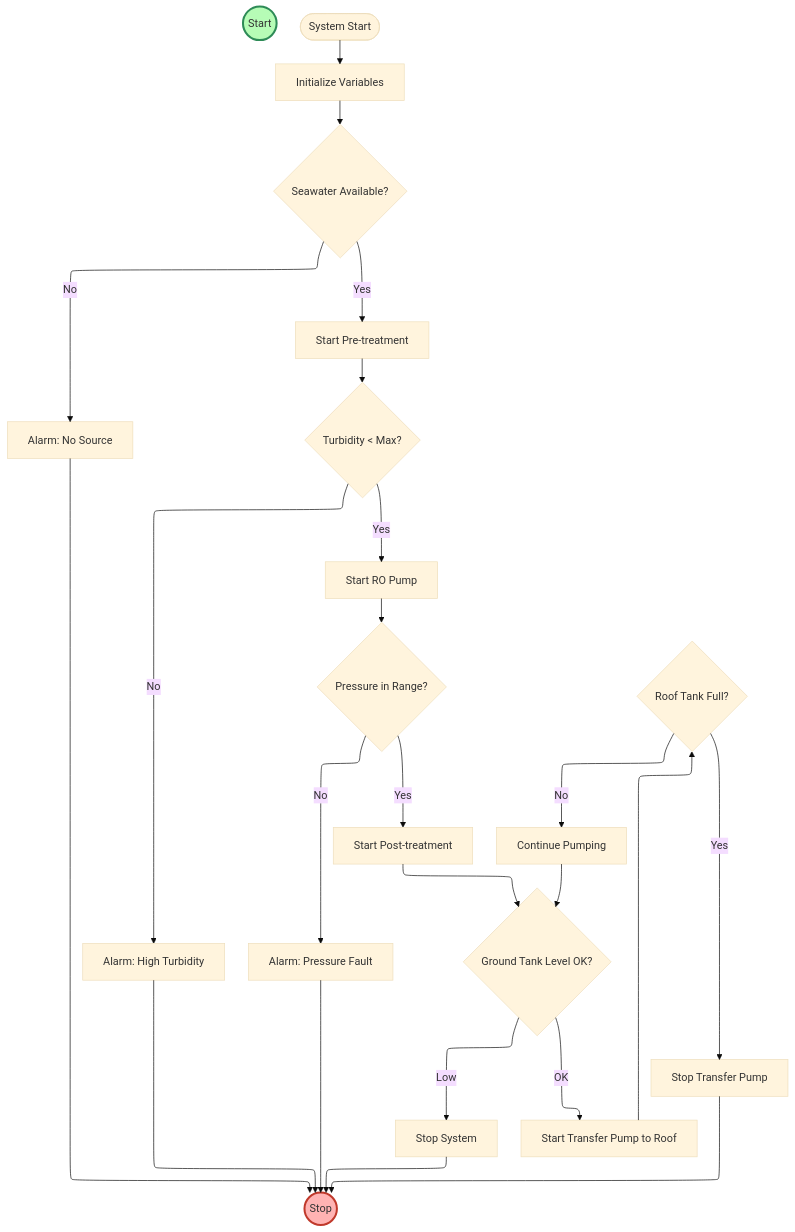
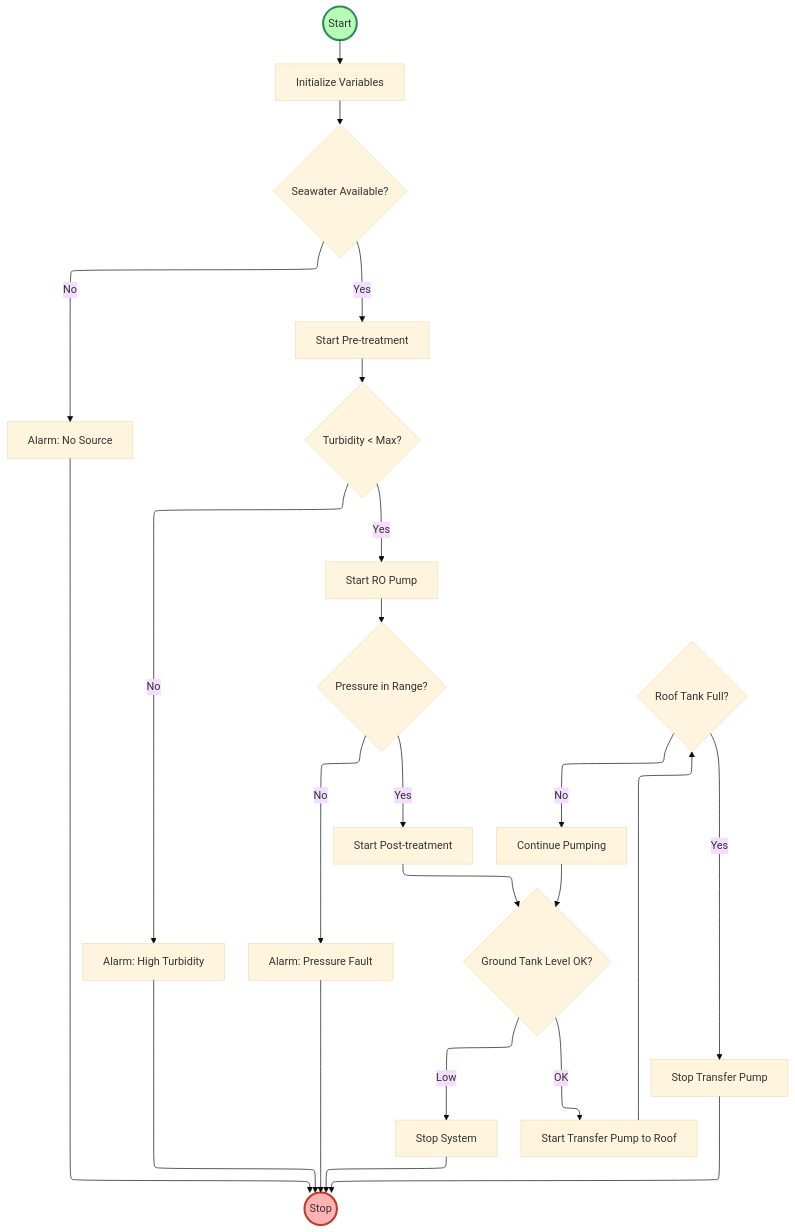
The fifth of 5 diagrams in docs/Report/pdab-04-model.md (snackmasta/PDAB), drawn with Mermaid before and after one commit.

Commit message:
refactor: update flowchart initialization logic for consistency and clarity

````diff
--- a/docs/Report/pdab-04-model.md
+++ b/docs/Report/pdab-04-model.md
@@ -275,34 +275,34 @@
 ```mermaid
 ---
 config:
   layout: elk
   theme: base
 ---
 flowchart
     START((Start))
     STOP((Stop))
     style START fill:#b6fcb6,stroke:#2e8b57,stroke-width:3px
     style STOP fill:#ffb3b3,stroke:#c0392b,stroke-width:3px
-    Start(["System Start"]) --> Init["Initialize Variables"]
-    Init --> CheckSource{Seawater Available?}
+    START --> INIT["Initialize Variables"]
+    INIT --> CheckSource{Seawater Available?}
     CheckSource -- No --> AlarmSource["Alarm: No Source"]
     AlarmSource --> STOP
     CheckSource -- Yes --> PreTreat["Start Pre-treatment"]
     PreTreat --> CheckTurbidity{Turbidity < Max?}
     CheckTurbidity -- No --> AlarmTurb["Alarm: High Turbidity"]
     AlarmTurb --> STOP
     CheckTurbidity -- Yes --> RO["Start RO Pump"]
     RO --> CheckPressure{Pressure in Range?}
     CheckPressure -- No --> AlarmPressure["Alarm: Pressure Fault"]
     AlarmPressure --> STOP
     CheckPressure -- Yes --> PostTreat["Start Post-treatment"]
     PostTreat --> CheckGroundLevel{Ground Tank Level OK?}
     CheckGroundLevel -- Low --> StopAll["Stop System"]
     StopAll --> STOP
     CheckGroundLevel -- OK --> PumpToRoof["Start Transfer Pump to Roof"]
     PumpToRoof --> CheckRoofLevel{Roof Tank Full?}
     CheckRoofLevel -- Yes --> StopRoofPump["Stop Transfer Pump"]
     StopRoofPump --> STOP
     CheckRoofLevel -- No --> Continue["Continue Pumping"]
     Continue --> CheckGroundLevel
 ```
````
